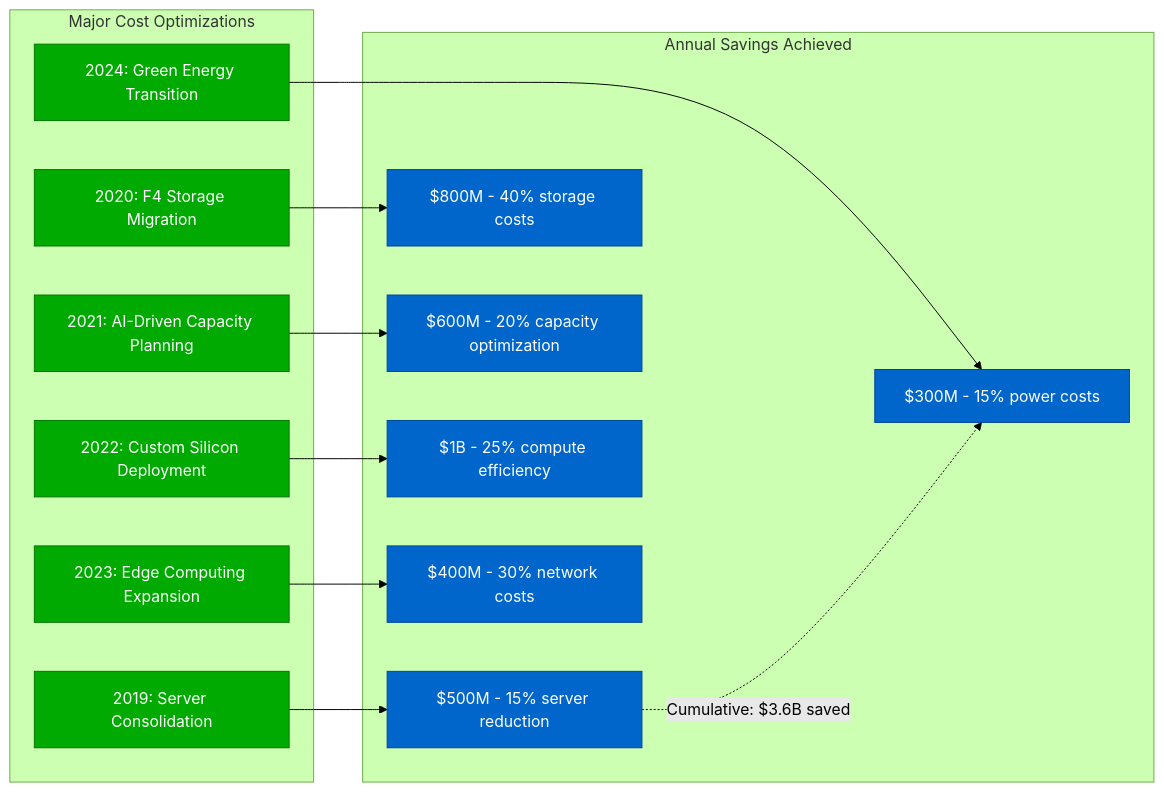
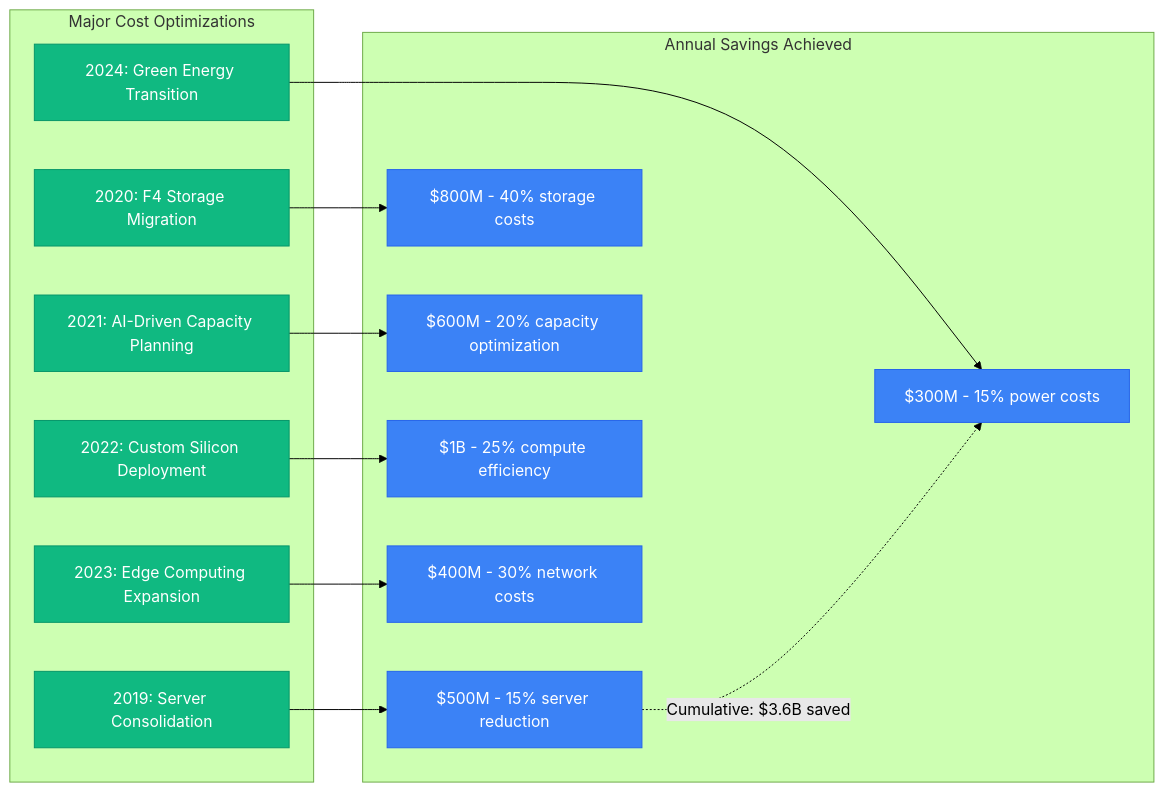
One commit to deepaucksharma/DS changed the eighth of 10 diagrams in site/docs/systems/meta/cost-breakdown.md. Above: the diagram before and after it, drawn with Mermaid (forest theme). The commit also changed other lines of this file and 303 other files, not shown here.

````diff
--- a/site/docs/systems/meta/cost-breakdown.md
+++ b/site/docs/systems/meta/cost-breakdown.md
@@ -281,36 +281,36 @@
 ```mermaid
 graph LR
     subgraph Optimization[Major Cost Optimizations]
         OPT2019[2019: Server Consolidation]
         OPT2020[2020: F4 Storage Migration]
         OPT2021[2021: AI-Driven Capacity Planning]
         OPT2022[2022: Custom Silicon Deployment]
         OPT2023[2023: Edge Computing Expansion]
         OPT2024[2024: Green Energy Transition]
     end
 
     subgraph Savings[Annual Savings Achieved]
         SAVE1[$500M - 15% server reduction]
         SAVE2[$800M - 40% storage costs]
         SAVE3[$600M - 20% capacity optimization]
         SAVE4[$1B - 25% compute efficiency]
         SAVE5[$400M - 30% network costs]
         SAVE6[$300M - 15% power costs]
     end
 
     OPT2019 --> SAVE1
     OPT2020 --> SAVE2
     OPT2021 --> SAVE3
     OPT2022 --> SAVE4
     OPT2023 --> SAVE5
     OPT2024 --> SAVE6
 
     %% Cumulative savings
     SAVE1 -.->|"Cumulative: $3.6B saved"| SAVE6
 
-    classDef optStyle fill:#00AA00,stroke:#007700,color:#fff
-    classDef saveStyle fill:#0066CC,stroke:#004499,color:#fff
+    classDef optStyle fill:#10B981,stroke:#059669,color:#fff
+    classDef saveStyle fill:#3B82F6,stroke:#2563EB,color:#fff
 
     class OPT2019,OPT2020,OPT2021,OPT2022,OPT2023,OPT2024 optStyle
     class SAVE1,SAVE2,SAVE3,SAVE4,SAVE5,SAVE6 saveStyle
 ```
````
